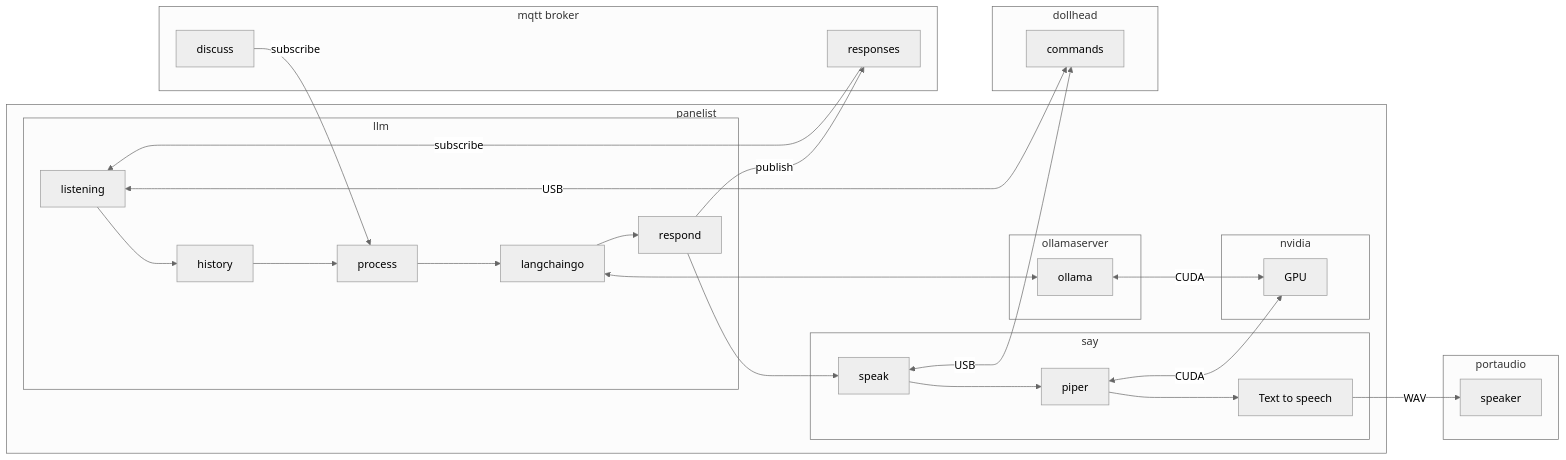
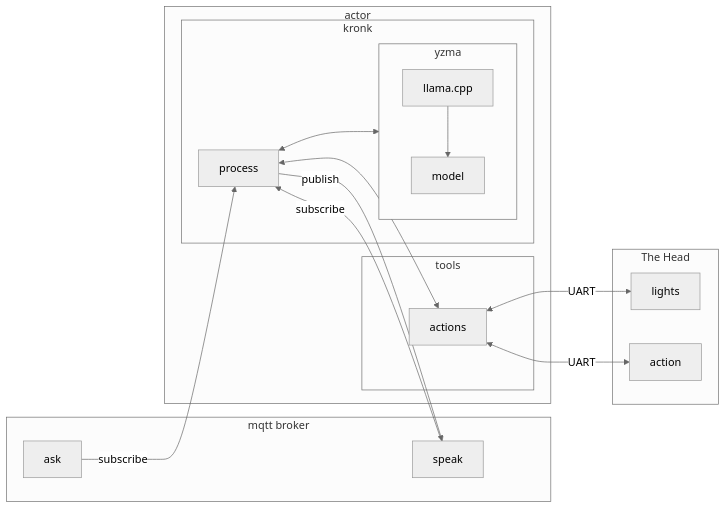
The second of 6 diagrams in README.md (deadprogram/talkingheads), drawn with Mermaid (neutral theme) before and after one commit. The commit also changed other lines of this file and 7 other files, not shown here.

````diff
--- a/README.md
+++ b/README.md
@@ -40,35 +39,27 @@
 ```mermaid
 flowchart LR
-subgraph panelist
-    subgraph llm
-        listening-->history
-        history-->process
-        process-->langchaingo
-        langchaingo-->respond
+subgraph mqtt broker
+    ask
+    speak
+end
+subgraph actor
+    subgraph kronk
+        process<-->yzma
     end
-    subgraph say
-        respond-->speak
-        speak-->piper
-        piper-->tts[Text to speech]
+    subgraph tools
+        process<-->actions
+        actions
     end
-    subgraph ollamaserver
-        langchaingo<-->ollama
+    subgraph yzma
+        llama.cpp
+        llama.cpp-->model
     end
-    subgraph nvidia
-        ollama<-- CUDA -->GPU
-        piper<-- CUDA -->GPU
-    end
+    ask-- subscribe -->process
+    process-- publish -->speak
+    speak-- subscribe -->process
 end
-subgraph dollhead
-    speak<-- USB -->commands
-    listening<-- USB -->commands
-end
-subgraph mqtt broker
-    discuss-- subscribe -->process
-    respond-- publish -->responses
-    responses-- subscribe -->listening
-end
-subgraph portaudio
-    tts-- WAV -->speaker
+subgraph The Head
+    actions<-- UART -->lights
+    actions<-- UART -->action
 end
 ```
````
